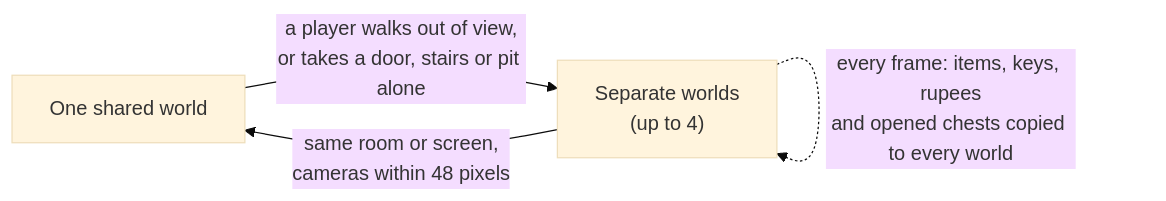
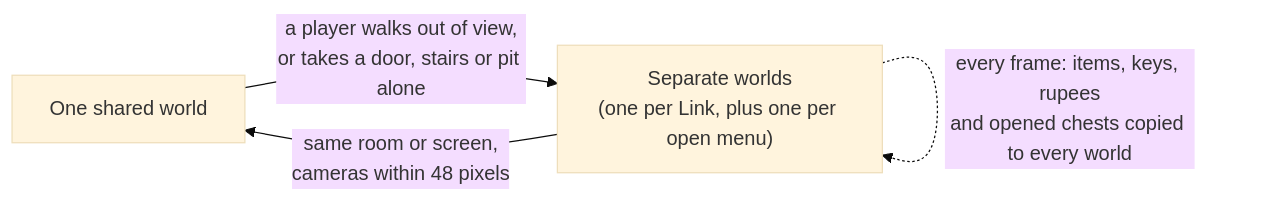
Before and after one commit to inputloop/fourSwordsFromThePast: the first of 2 diagrams in docs/HOW_THE_MOD_WORKS.md, drawn with Mermaid (base theme). The commit also changed other lines of this file and 48 other files, not shown here.

````diff
--- a/docs/HOW_THE_MOD_WORKS.md
+++ b/docs/HOW_THE_MOD_WORKS.md
@@ -92,6 +92,6 @@
 ```mermaid
 flowchart LR
-    A["One shared world"] -- "a player walks out of view,<br/>or takes a door, stairs or pit alone" --> B["Separate worlds<br/>(up to 4)"]
+    A["One shared world"] -- "a player walks out of view,<br/>or takes a door, stairs or pit alone" --> B["Separate worlds<br/>(one per Link, plus one per open menu)"]
     B -- "same room or screen,<br/>cameras within 48 pixels" --> A
     B -. "every frame: items, keys, rupees<br/>and opened chests copied to every world" .-> B
 ```
````
